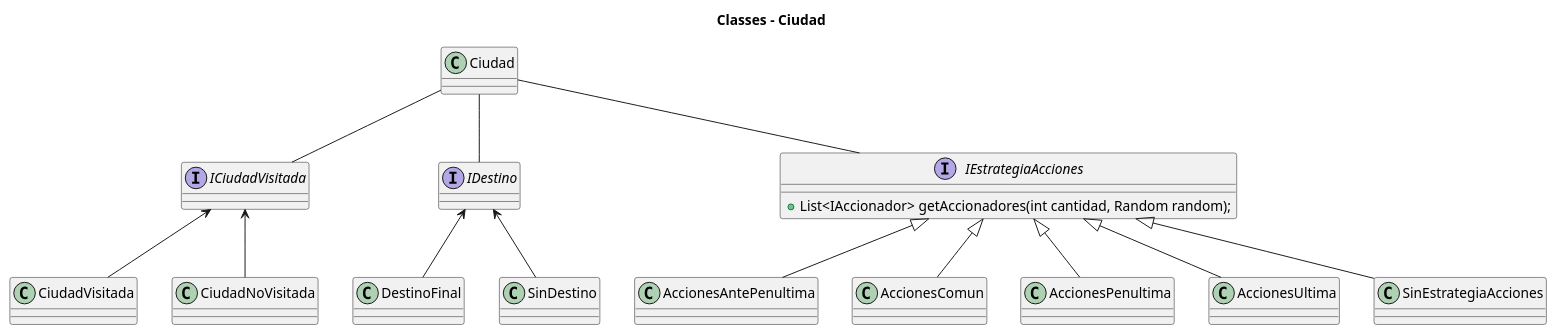
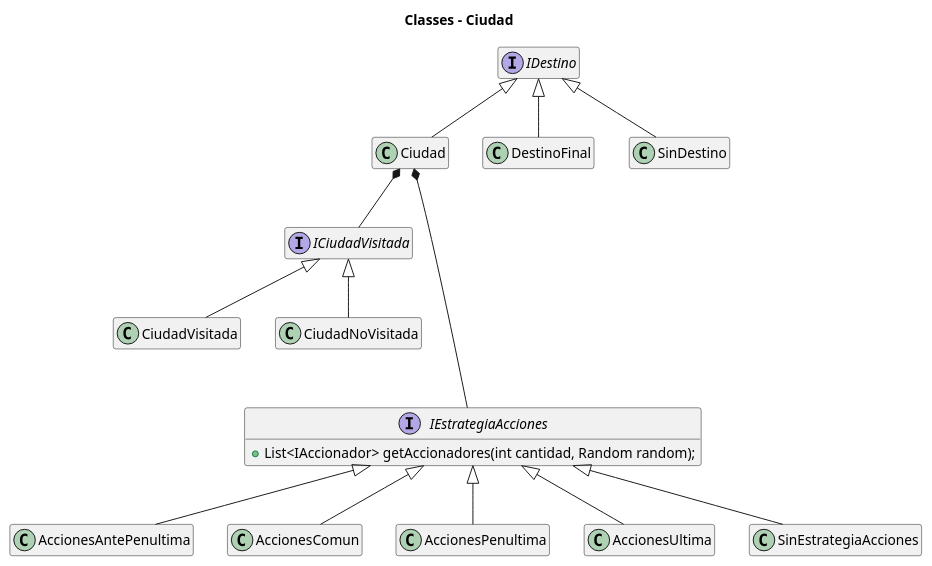
Before and after one commit to MarconMatias/TP2-AyPIII: the diagram in diagrams/classes/clase_ciudad.plantuml, drawn with PlantUML. The commit also changed 15 other files, not shown here.

```diff
--- a/diagrams/classes/clase_ciudad.plantuml
+++ b/diagrams/classes/clase_ciudad.plantuml
@@ -1,43 +1,43 @@
 @startuml
-
+hide empty members
 title Classes - Ciudad
 
 
 class Ciudad
 
 class CiudadVisitada
 class CiudadNoVisitada
 class DestinoFinal 
 class SinDestino
 
 interface ICiudadVisitada
 interface IDestino 
 
 interface IEstrategiaAcciones {
   + List<IAccionador> getAccionadores(int cantidad, Random random);
 }
 class AccionesAntePenultima
 class AccionesComun
 class AccionesPenultima
 class AccionesUltima
 class SinEstrategiaAcciones
 
 IEstrategiaAcciones <|-- AccionesAntePenultima
 IEstrategiaAcciones <|-- AccionesComun
 IEstrategiaAcciones <|-- AccionesPenultima
 IEstrategiaAcciones <|-- AccionesUltima
 IEstrategiaAcciones <|-- SinEstrategiaAcciones
 
-ICiudadVisitada <-- CiudadVisitada
-ICiudadVisitada <-- CiudadNoVisitada
+ICiudadVisitada <|-- CiudadVisitada
+ICiudadVisitada <|-- CiudadNoVisitada
 
-Ciudad -- IDestino
-Ciudad -- IEstrategiaAcciones
-Ciudad -- ICiudadVisitada
+Ciudad *---- IEstrategiaAcciones
+Ciudad *-- ICiudadVisitada
 
-IDestino  <-- DestinoFinal
-IDestino <-- SinDestino
+IDestino <|-- Ciudad
+IDestino  <|-- DestinoFinal
+IDestino <|-- SinDestino
 
 
 
 @enduml
```
